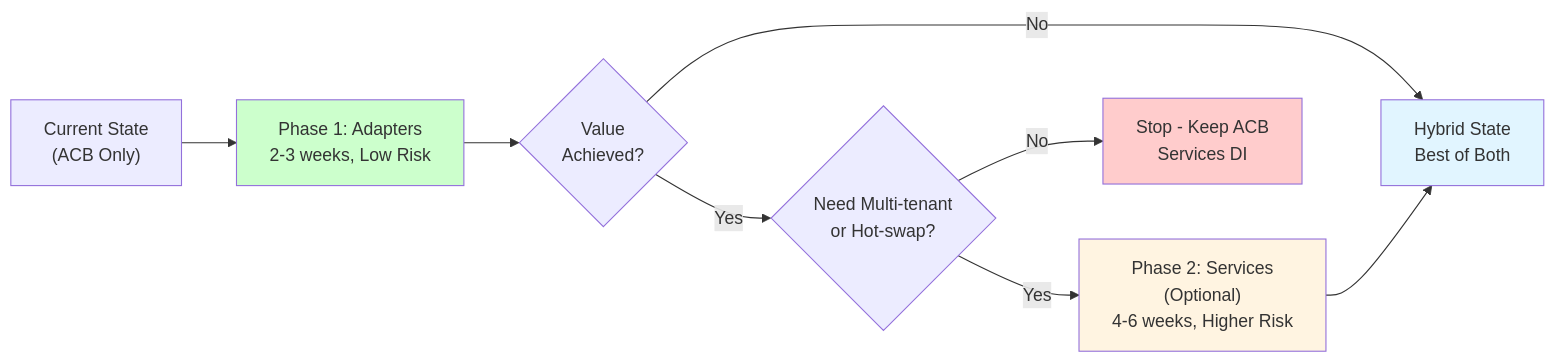
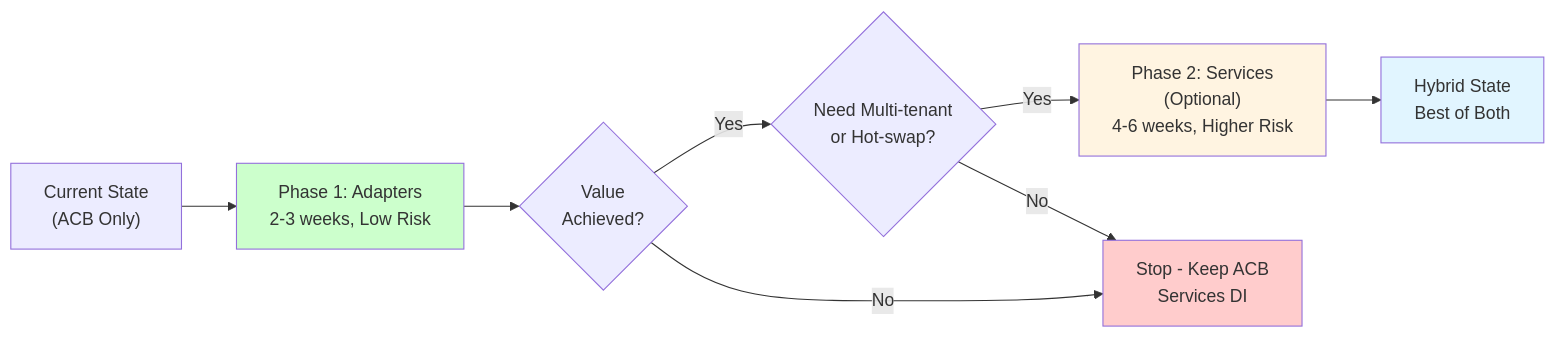
Before and after one commit to lesleslie/oneiric: the third of 4 diagrams in docs/ONEIRIC_VS_ACB.md, drawn with Mermaid.

Commit message:
fix(oneiric): fix migration phase decision no-go path

````diff
--- a/docs/ONEIRIC_VS_ACB.md
+++ b/docs/ONEIRIC_VS_ACB.md
@@ -493,23 +493,23 @@
 ```mermaid
 graph LR
     Start["Current State<br/>(ACB Only)"]
     Phase1["Phase 1: Adapters<br/>2-3 weeks, Low Risk"]
     Decision1{"Value<br/>Achieved?"}
     Phase2["Phase 2: Services<br/>(Optional)<br/>4-6 weeks, Higher Risk"]
     Decision2{"Need Multi-tenant<br/>or Hot-swap?"}
     Stop["Stop - Keep ACB<br/>Services DI"]
     Complete["Hybrid State<br/>Best of Both"]
 
     Start --> Phase1
     Phase1 --> Decision1
     Decision1 -->|"Yes"| Decision2
-    Decision1 -->|"No"| Complete
+    Decision1 -->|"No"| Stop
     Decision2 -->|"No"| Stop
     Decision2 -->|"Yes"| Phase2
     Phase2 --> Complete
 
     style Phase1 fill:#ccffcc
     style Phase2 fill:#fff4e1
     style Stop fill:#ffcccc
     style Complete fill:#e1f5ff
 ```
````
